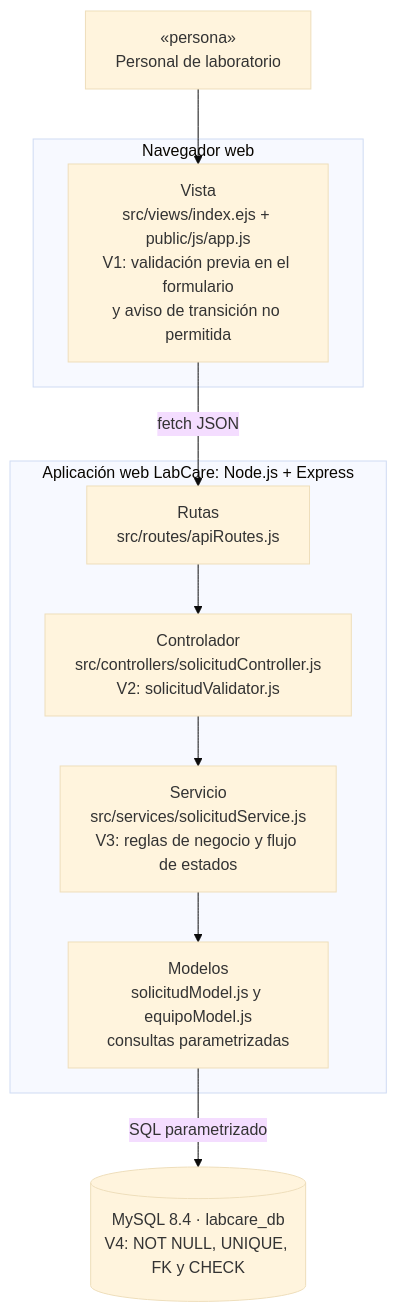
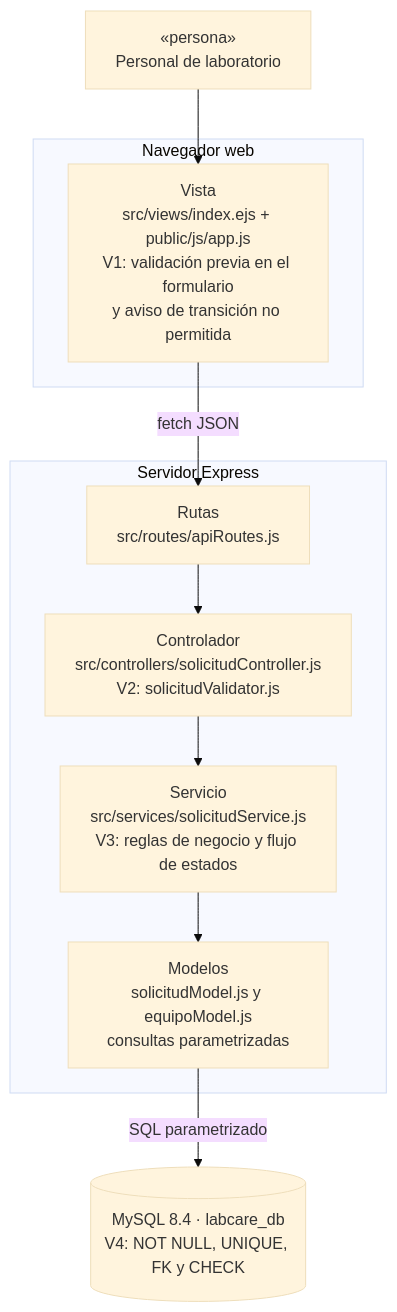
Before and after one commit to GustavoRodVe/labcare-solicitudes: the second of 2 diagrams in ANALISIS.md, drawn with Mermaid (base theme). The commit also changed 22 other files, not shown here.

Commit message:
docs: mejora la captura de respuestas del backend y el título del diagrama de arquitectura

````diff
--- a/ANALISIS.md
+++ b/ANALISIS.md
@@ -87,16 +87,16 @@
 ```mermaid
 flowchart TB
   usuario["«persona»<br>Personal de laboratorio"]
   subgraph navegador["Navegador web"]
     vista["Vista<br>src/views/index.ejs + public/js/app.js<br>V1: validación previa en el formulario<br>y aviso de transición no permitida"]
   end
-  subgraph app["Aplicación web LabCare: Node.js + Express"]
+  subgraph app["Servidor Express"]
     rutas["Rutas<br>src/routes/apiRoutes.js"]
     controlador["Controlador<br>src/controllers/solicitudController.js<br>V2: solicitudValidator.js"]
     servicio["Servicio<br>src/services/solicitudService.js<br>V3: reglas de negocio y flujo de estados"]
     modelos["Modelos<br>solicitudModel.js y equipoModel.js<br>consultas parametrizadas"]
   end
   bd[("MySQL 8.4 · labcare_db<br>V4: NOT NULL, UNIQUE, FK y CHECK")]
   usuario --> vista
   vista -->|"fetch JSON"| rutas --> controlador --> servicio --> modelos -->|SQL parametrizado| bd
 ```
````
